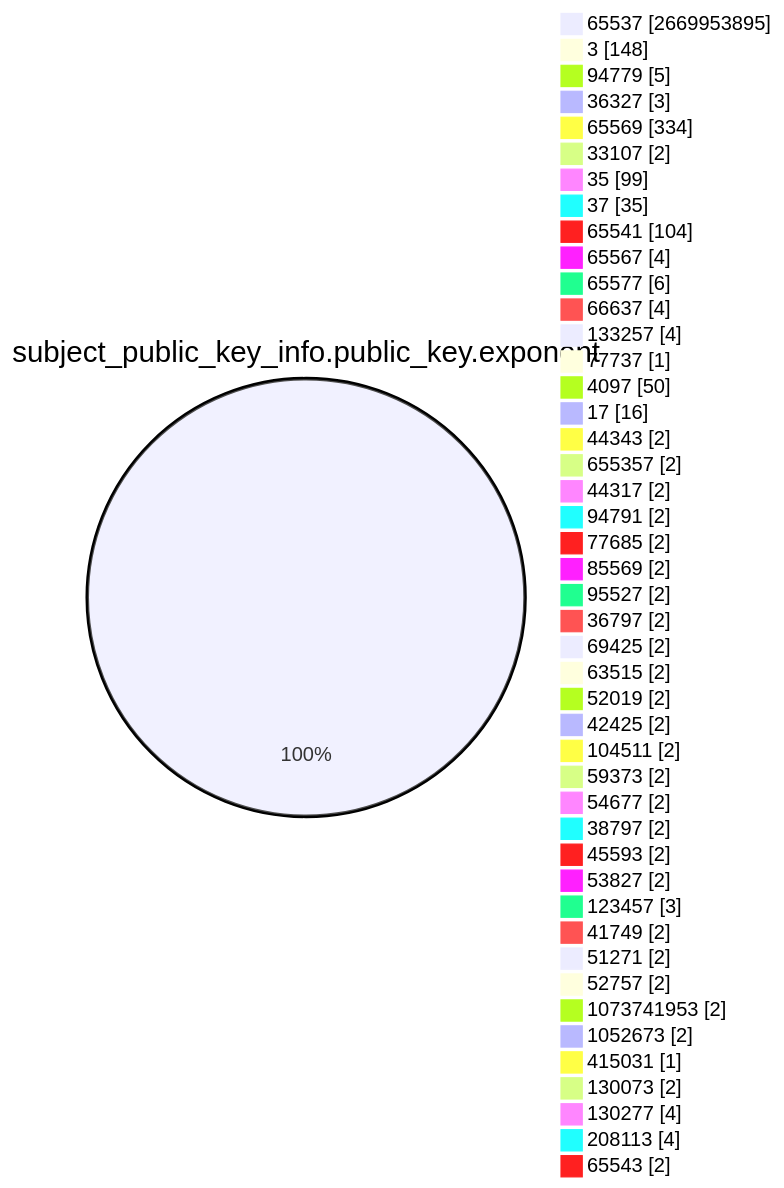
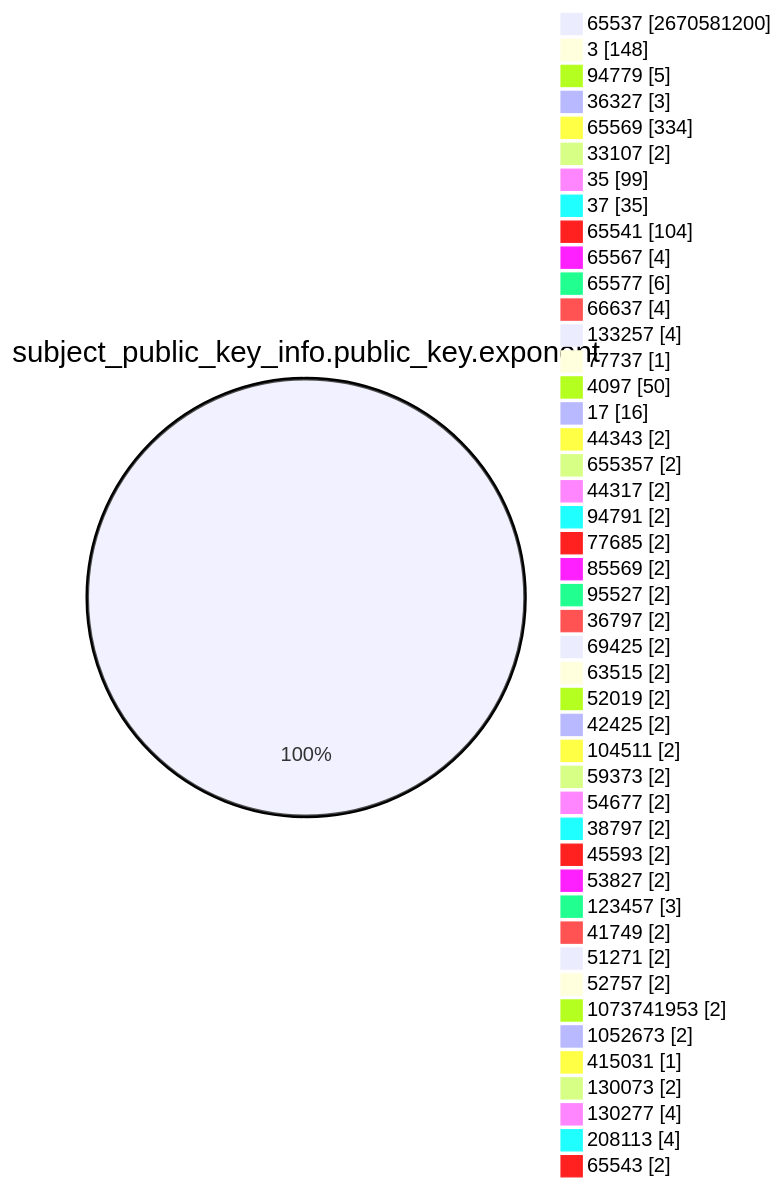
Before and after one commit to christiankrug/ctmonitor_visualization: the fourth of 15 diagrams in TOTAL/README.md, drawn with Mermaid. The commit also changed other lines of this file, not shown here.

````diff
--- a/TOTAL/README.md
+++ b/TOTAL/README.md
@@ -1466,49 +1466,49 @@
 ```mermaid
 pie showData
 title subject_public_key_info.public_key.exponent
-"65537" :2669953895
+"65537" :2670581200
 "3" :148
 "94779" :5
 "36327" :3
 "65569" :334
 "33107" :2
 "35" :99
 "37" :35
 "65541" :104
 "65567" :4
 "65577" :6
 "66637" :4
 "133257" :4
 "77737" :1
 "4097" :50
 "17" :16
 "44343" :2
 "655357" :2
 "44317" :2
 "94791" :2
 "77685" :2
 "85569" :2
 "95527" :2
 "36797" :2
 "69425" :2
 "63515" :2
 "52019" :2
 "42425" :2
 "104511" :2
 "59373" :2
 "54677" :2
 "38797" :2
 "45593" :2
 "53827" :2
 "123457" :3
 "41749" :2
 "51271" :2
 "52757" :2
 "1073741953" :2
 "1052673" :2
 "415031" :1
 "130073" :2
 "130277" :4
 "208113" :4
 "65543" :2
 ```
````
